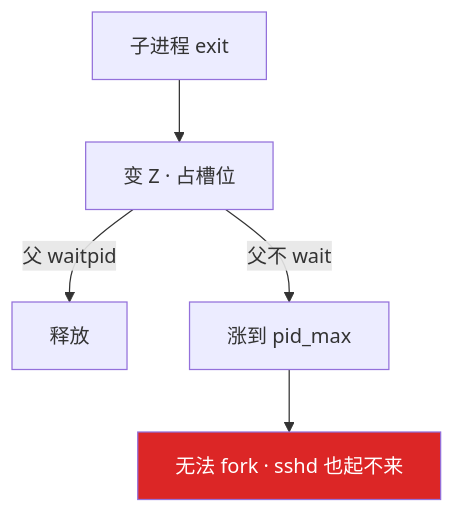
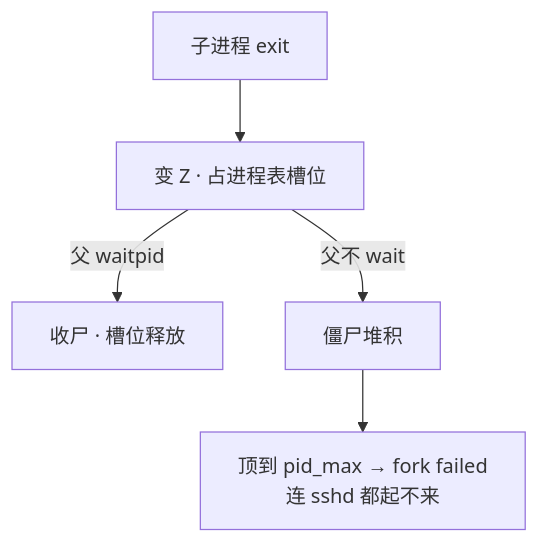
Before and after one commit to ml-cuizijun/LearnToLilith: the sixth of 8 diagrams in 01-基础底座/05-进程与信号/知识点.md, drawn with Mermaid. The commit also changed other lines of this file and 470 other files, not shown here.

````diff
--- a/01-基础底座/05-进程与信号/知识点.md
+++ b/01-基础底座/05-进程与信号/知识点.md
@@ -528,10 +302,7 @@
 ```mermaid
 flowchart TB
-    A[子进程 exit] --> B[变 Z · 占槽位]
-    B -->|父 waitpid| C[释放]
-    B -->|父不 wait| D[涨到 pid_max]
-    D --> E[无法 fork · sshd 也起不来]
-
-    classDef bad fill:#DC2626,color:#fff
-    class E bad
+    A["子进程 exit"] --> B["变 Z · 占进程表槽位"]
+    B -->|"父 waitpid"| C["收尸 · 槽位释放"]
+    B -->|"父不 wait"| D["僵尸堆积"]
+    D --> E["顶到 pid_max → fork failed<br/>连 sshd 都起不来"]
 ```
````
